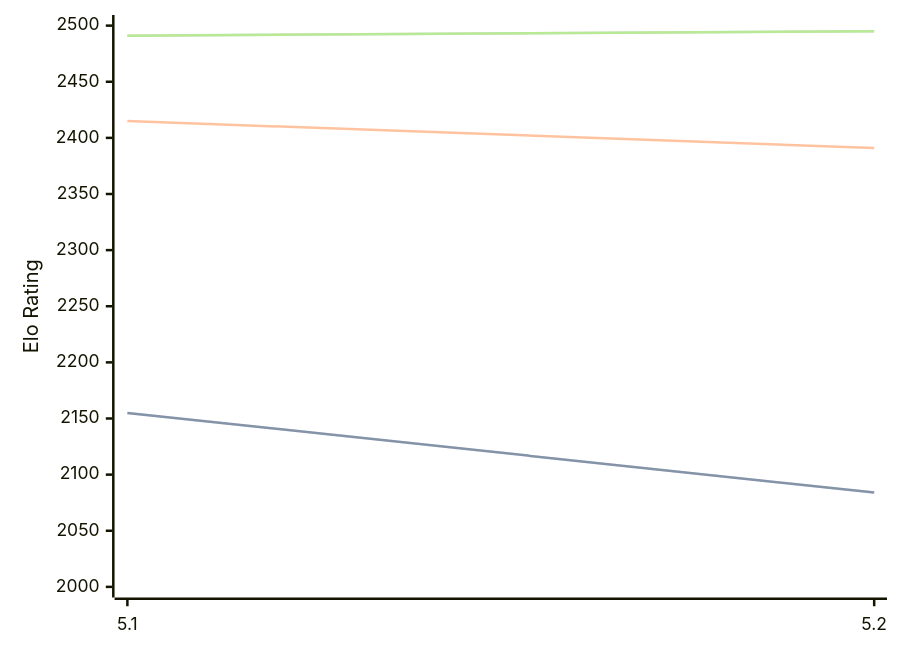
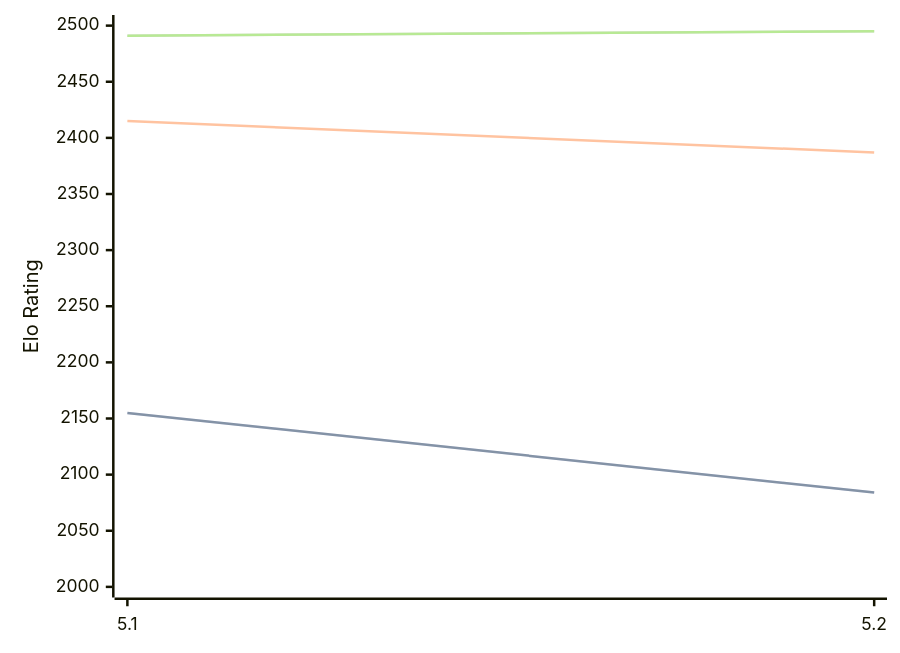
The first of 3 diagrams in engines/Prophet.md (computer-chess-index/cci), drawn with Mermaid before and after one commit. The commit also changed other lines of this file, not shown here.

````diff
--- a/engines/Prophet.md
+++ b/engines/Prophet.md
@@ -38,11 +38,11 @@
 ```mermaid
 %%{init: {"theme":"base","themeVariables":{"seriesColors:['#a3a3a3','#222221','#faa371']}}}%%
 xychart-beta
   x-axis ["5.1", "5.2"]
   y-axis "Elo Rating" 2000 --> 2500
   line "STC (8.0+0.08s)" [2155, 2084]
   line "STC (8.0+0.08s)" [2155, 2084]
-  line "LTC (60.0+0.60s)" [2415, 2391]
+  line "LTC (60.0+0.60s)" [2415, 2387]
   line "VLTC (2m24s+1.12s)" [2491, 2495]
   line "VLTC (2m24s+1.12s)" [2491, 2495]
 ```
````
